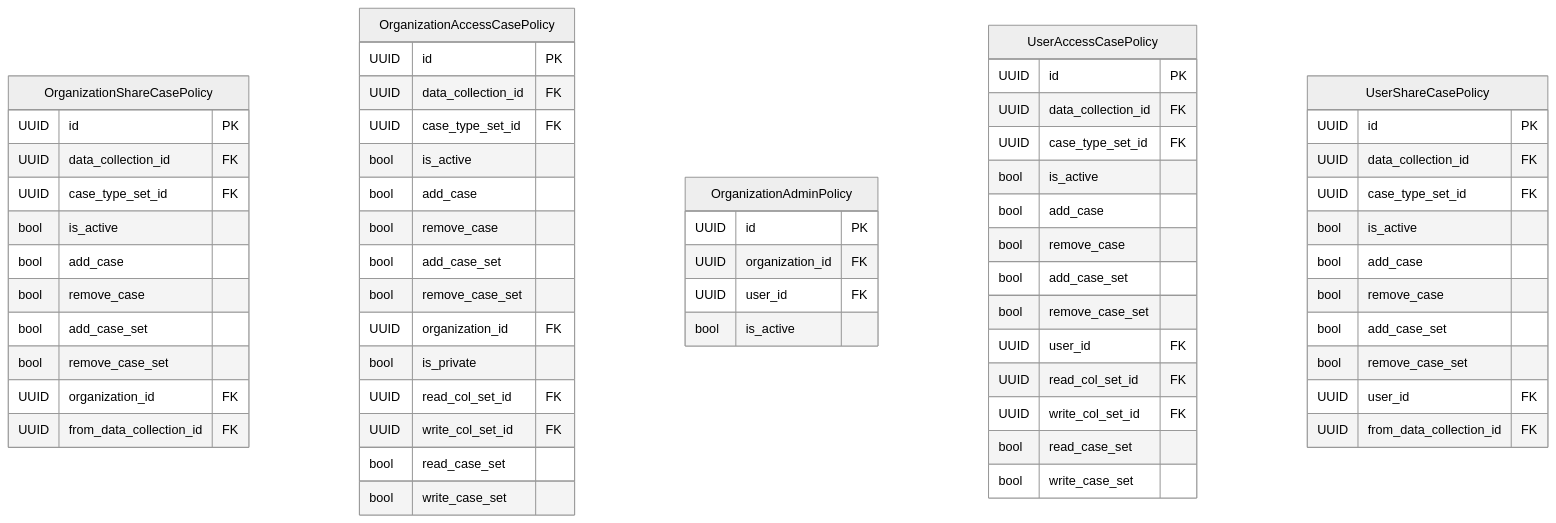
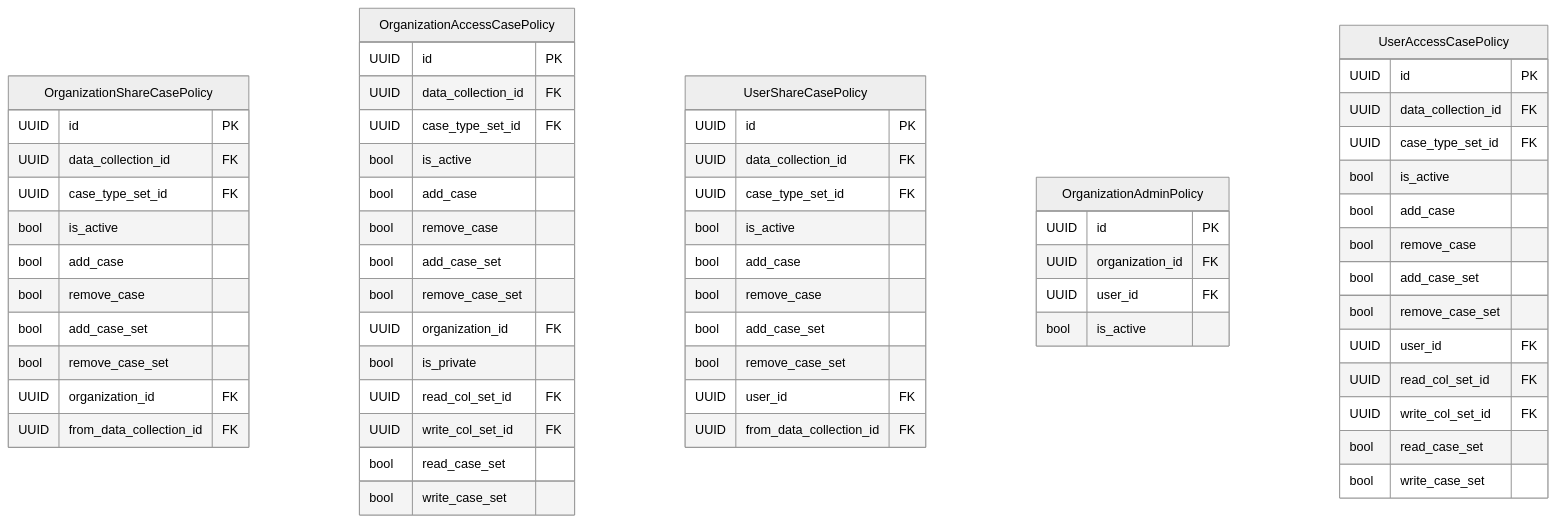
Before and after one commit to RIVM-bioinformatics/gen-epix-api: the diagram in docs/erm/casedb.abac.detailed.md, drawn with Mermaid (neutral theme). The commit also changed other lines of this file and 47 other files, not shown here.

````diff
--- a/docs/erm/casedb.abac.detailed.md
+++ b/docs/erm/casedb.abac.detailed.md
@@ -5,72 +5,72 @@
 ```mermaid
 erDiagram
     %% casedb / ABAC (detailed)
 
     %% Entity definitions
     OrganizationShareCasePolicy {
         UUID id PK
         UUID data_collection_id FK
         UUID case_type_set_id FK
         bool is_active
         bool add_case
         bool remove_case
         bool add_case_set
         bool remove_case_set
         UUID organization_id FK
         UUID from_data_collection_id FK
     }
 
     OrganizationAccessCasePolicy {
         UUID id PK
         UUID data_collection_id FK
         UUID case_type_set_id FK
         bool is_active
         bool add_case
         bool remove_case
         bool add_case_set
         bool remove_case_set
         UUID organization_id FK
         bool is_private
         UUID read_col_set_id FK
         UUID write_col_set_id FK
         bool read_case_set
         bool write_case_set
     }
 
+    UserShareCasePolicy {
+        UUID id PK
+        UUID data_collection_id FK
+        UUID case_type_set_id FK
+        bool is_active
+        bool add_case
+        bool remove_case
+        bool add_case_set
+        bool remove_case_set
+        UUID user_id FK
+        UUID from_data_collection_id FK
+    }
+
     OrganizationAdminPolicy {
         UUID id PK
         UUID organization_id FK
         UUID user_id FK
         bool is_active
     }
 
     UserAccessCasePolicy {
         UUID id PK
         UUID data_collection_id FK
         UUID case_type_set_id FK
         bool is_active
         bool add_case
         bool remove_case
         bool add_case_set
         bool remove_case_set
         UUID user_id FK
         UUID read_col_set_id FK
         UUID write_col_set_id FK
         bool read_case_set
         bool write_case_set
     }
 
-    UserShareCasePolicy {
-        UUID id PK
-        UUID data_collection_id FK
-        UUID case_type_set_id FK
-        bool is_active
-        bool add_case
-        bool remove_case
-        bool add_case_set
-        bool remove_case_set
-        UUID user_id FK
-        UUID from_data_collection_id FK
-    }
-
 ```
````
